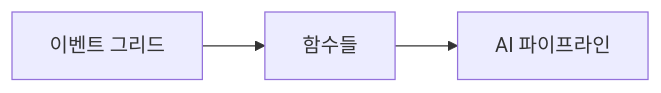
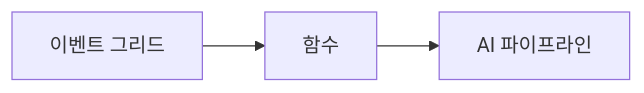
Before and after one commit to microsoft/AZD-for-beginners: the second of 2 diagrams in translations/ko/docs/chapter-08-production/README.md, drawn with Mermaid. The commit also changed other lines of this file and 101 other files, not shown here.

````diff
--- a/translations/ko/docs/chapter-08-production/README.md
+++ b/translations/ko/docs/chapter-08-production/README.md
@@ -54,4 +56,4 @@
 ```mermaid
 graph LR
-    EventGrid[이벤트 그리드] --> Functions[함수들] --> Pipeline[AI 파이프라인]
+    EventGrid[이벤트 그리드] --> Functions[함수] --> Pipeline[AI 파이프라인]
 ```
````
